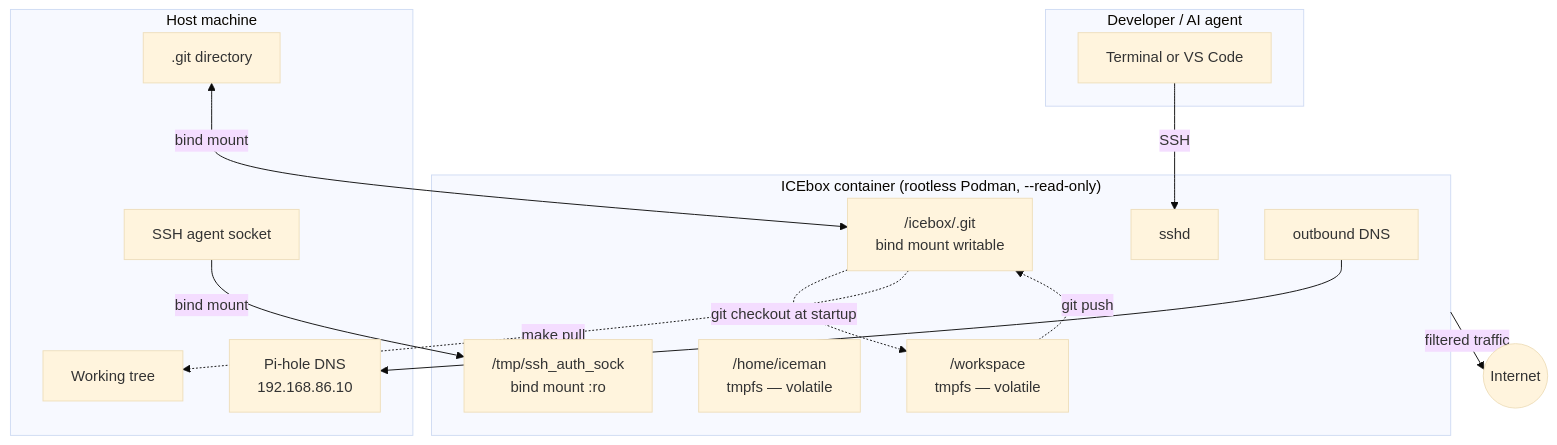
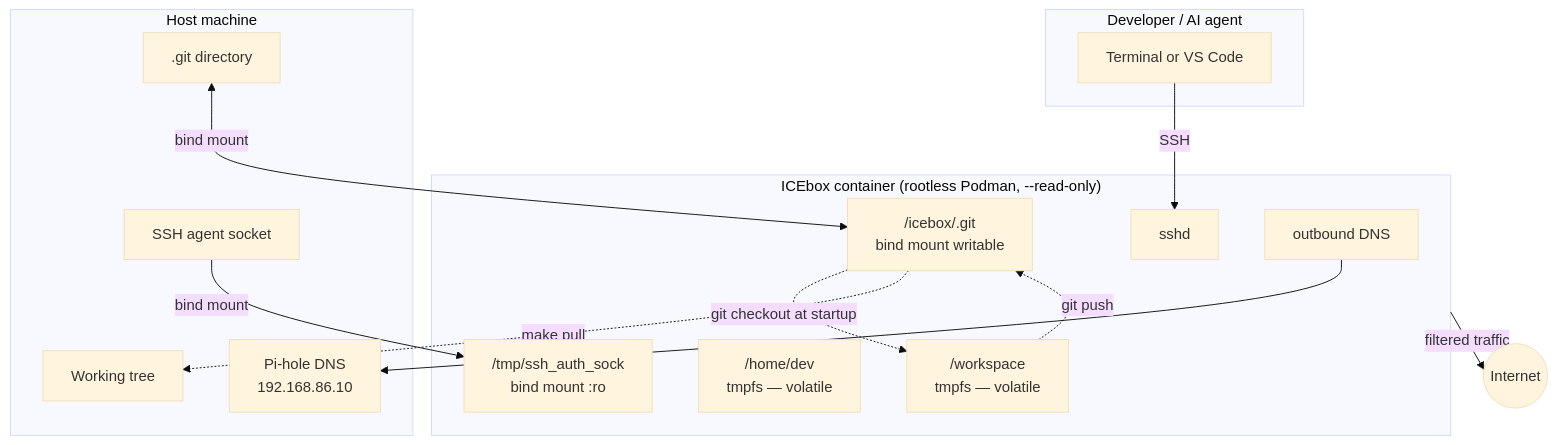
Before and after one commit to drusifer/icebox: the diagram in README.md, drawn with Mermaid (base theme). The commit also changed other lines of this file and 1 other file, not shown here.

````diff
--- a/README.md
+++ b/README.md
@@ -24,33 +24,33 @@
 ```mermaid
 graph TB
     subgraph host["Host machine"]
         git_dir[".git directory"]
         wt["Working tree"]
         agent["SSH agent socket"]
         pihole["Pi-hole DNS\n192.168.86.10"]
     end
 
     subgraph container["ICEbox container  (rootless Podman, --read-only)"]
         sshd["sshd"]
         ws["/workspace\ntmpfs — volatile"]
-        home["/home/iceman\ntmpfs — volatile"]
+        home["/home/dev\ntmpfs — volatile"]
         git_mnt["/icebox/.git\nbind mount writable"]
         agent_mnt["/tmp/ssh_auth_sock\nbind mount :ro"]
         dns_out["outbound DNS"]
     end
 
     subgraph dev["Developer / AI agent"]
         terminal["Terminal or VS Code"]
     end
 
     internet(("Internet"))
 
     terminal -->|SSH| sshd
     git_dir <-->|bind mount| git_mnt
     agent -->|bind mount| agent_mnt
     git_mnt -.->|git checkout at startup| ws
     ws -.->|git push| git_mnt
     git_mnt -.->|make pull| wt
     dns_out --> pihole
     container -->|filtered traffic| internet
 ```
````
